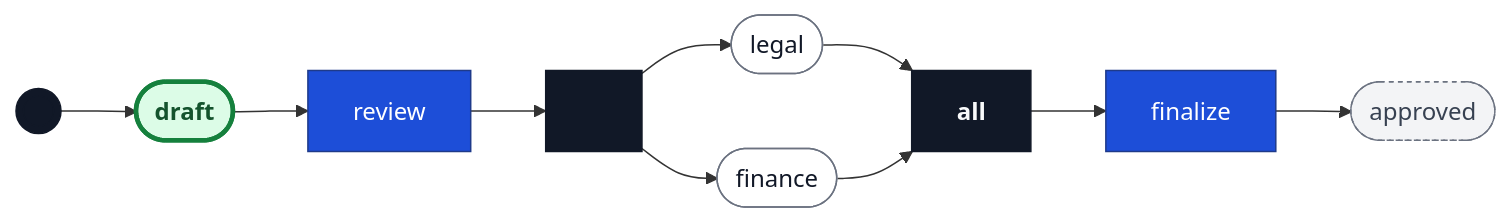
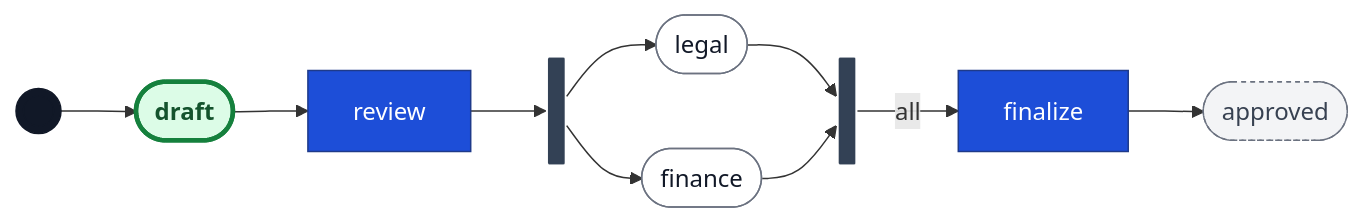
One commit to ehabterra/workflow changed the diagram in README.md. Above: the diagram before and after it, drawn with Mermaid. The commit also changed other lines of this file and 5 other files, not shown here.

First line of the commit message:
polish(diagrams): native Mermaid fork/join bar shape for gateways

````diff
--- a/README.md
+++ b/README.md
@@ -801,39 +802,39 @@
 ```mermaid
 flowchart LR
     START((( )))
     class START startMarker
     START --> p_draft
     p_draft(["draft"])
     p_legal(["legal"])
     p_finance(["finance"])
     p_approved(["approved"])
     class p_draft current
     class p_legal place
     class p_finance place
     class p_approved terminal
     t_review["review"]
     class t_review action
     p_draft --> t_review
-    f_review["&nbsp;"]
+    f_review@{ shape: fork }
     class f_review gateway
     t_review --> f_review
     f_review --> p_legal
     f_review --> p_finance
     t_finalize["finalize"]
     class t_finalize action
-    j_finalize["all"]
+    j_finalize@{ shape: fork }
     class j_finalize gateway
     p_legal --> j_finalize
     p_finance --> j_finalize
-    j_finalize --> t_finalize
+    j_finalize -->|all| t_finalize
     t_finalize --> p_approved
     classDef place fill:#FFFFFF,stroke:#6B7280,stroke-width:1px,color:#111827
     classDef current fill:#DCFCE7,stroke:#15803D,stroke-width:3px,color:#14532D,font-weight:bold
     classDef terminal fill:#F3F4F6,stroke:#6B7280,stroke-dasharray:3 3,color:#374151
     classDef action fill:#1D4ED8,stroke:#1E3A8A,color:#FFFFFF
     classDef person fill:#15803D,stroke:#14532D,color:#FFFFFF
     classDef auto fill:#E0F2FE,stroke:#0369A1,color:#0C4A6E
     classDef timer fill:#FEF3C7,stroke:#B45309,color:#92400E
     classDef startMarker fill:#111827,stroke:#111827,color:#111827
-    classDef gateway fill:#111827,stroke:#111827,color:#F9FAFB,font-weight:bold
+    classDef gateway fill:#334155,stroke:#334155
 ```
````
